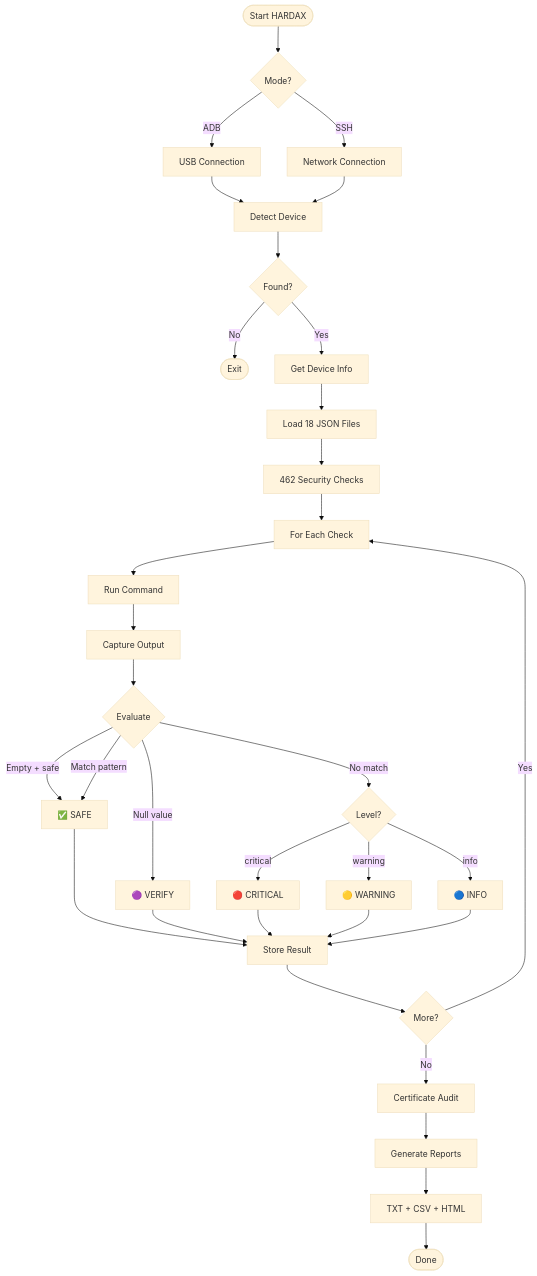
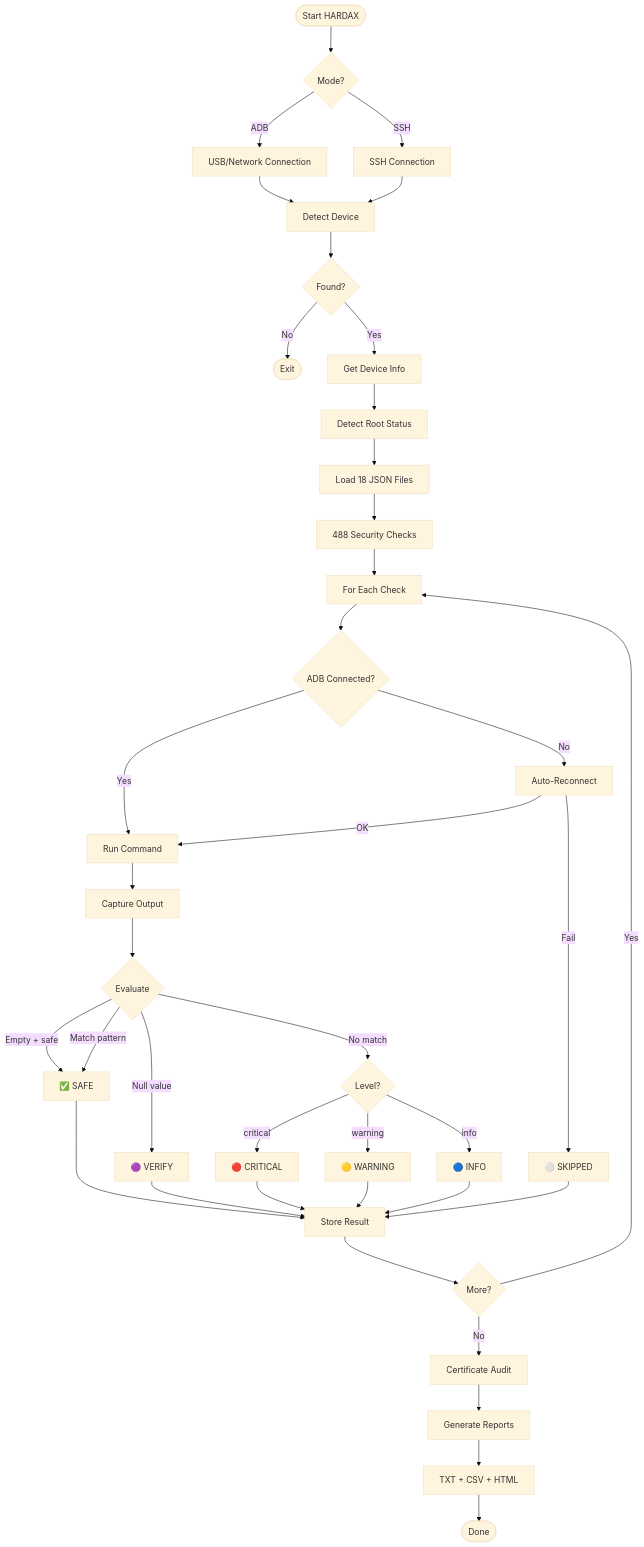
The diagram in README.md (V33RU/hardax), drawn with Mermaid (base theme) before and after one commit. The commit also changed other lines of this file, not shown here.

````diff
--- a/README.md
+++ b/README.md
@@ -222,31 +234,36 @@
 ```mermaid
 flowchart TD
     A([Start HARDAX]) --> B{Mode?}
-    B -->|ADB| C[USB Connection]
-    B -->|SSH| D[Network Connection]
+    B -->|ADB| C[USB/Network Connection]
+    B -->|SSH| D[SSH Connection]
     C --> E[Detect Device]
     D --> E
     E --> F{Found?}
     F -->|No| G([Exit])
     F -->|Yes| H[Get Device Info]
-    H --> I[Load 18 JSON Files]
-    I --> J[462 Security Checks]
-    J --> K[For Each Check]
-    K --> L[Run Command]
-    L --> M[Capture Output]
-    M --> N{Evaluate}
-    N -->|Empty + safe| O[✅ SAFE]
-    N -->|Match pattern| O
-    N -->|Null value| P[🟣 VERIFY]
-    N -->|No match| Q{Level?}
-    Q -->|critical| R[🔴 CRITICAL]
-    Q -->|warning| S[🟡 WARNING]
-    Q -->|info| T[🔵 INFO]
-    O & P & R & S & T --> U[Store Result]
-    U --> V{More?}
-    V -->|Yes| K
-    V -->|No| W[Certificate Audit]
-    W --> X[Generate Reports]
-    X --> Y[TXT + CSV + HTML]
-    Y --> Z([Done])
+    H --> I[Detect Root Status]
+    I --> J[Load 18 JSON Files]
+    J --> K[488 Security Checks]
+    K --> L[For Each Check]
+    L --> M{ADB Connected?}
+    M -->|No| N[Auto-Reconnect]
+    N -->|Fail| O[⚪ SKIPPED]
+    M -->|Yes| P[Run Command]
+    N -->|OK| P
+    P --> Q[Capture Output]
+    Q --> R{Evaluate}
+    R -->|Empty + safe| S[✅ SAFE]
+    R -->|Match pattern| S
+    R -->|Null value| T[🟣 VERIFY]
+    R -->|No match| U{Level?}
+    U -->|critical| V[🔴 CRITICAL]
+    U -->|warning| W[🟡 WARNING]
+    U -->|info| X[🔵 INFO]
+    S & T & V & W & X & O --> Y[Store Result]
+    Y --> Z{More?}
+    Z -->|Yes| L
+    Z -->|No| AA[Certificate Audit]
+    AA --> AB[Generate Reports]
+    AB --> AC[TXT + CSV + HTML]
+    AC --> AD([Done])
 ```
````
